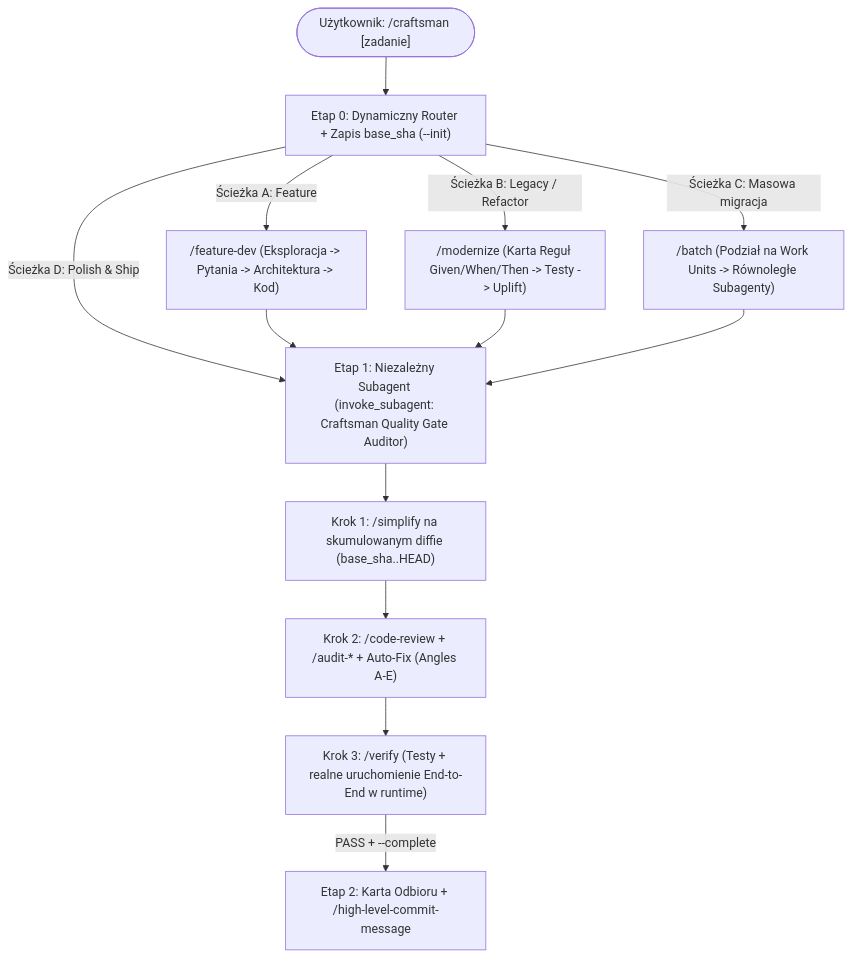
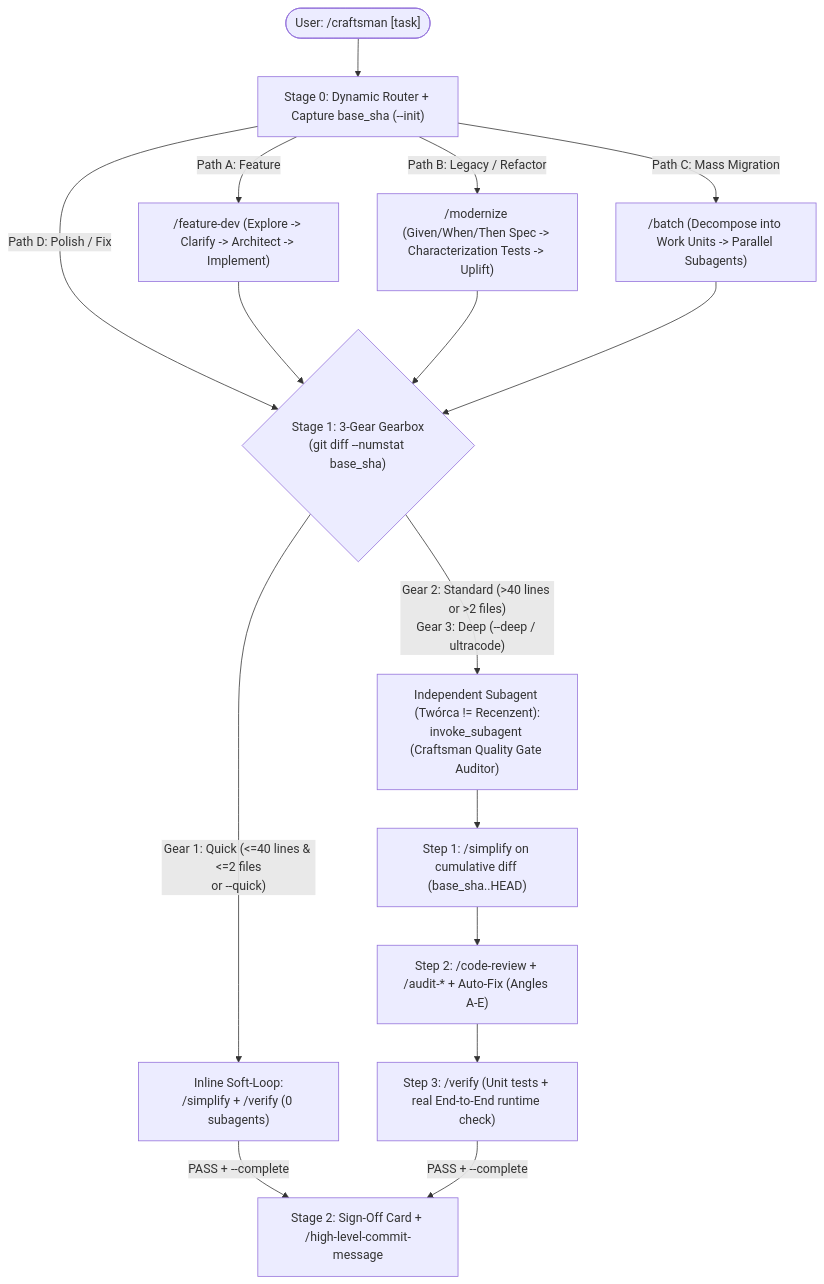
Before and after one commit to BuczynskiRafal/craftsman: the diagram in README.md, drawn with Mermaid. The commit also changed other lines of this file, not shown here.

Commit message:
docs(readme): rewrite documentation for Craftsman v2.0 universal framework

````diff
--- a/README.md
+++ b/README.md
@@ -28,18 +50,23 @@
 ```mermaid
 flowchart TD
-    User(["Użytkownik: /craftsman [zadanie]"]) --> Triage["Etap 0: Dynamiczny Router + Zapis base_sha (--init)"]
+    User(["User: /craftsman [task]"]) --> Triage["Stage 0: Dynamic Router + Capture base_sha (--init)"]
 
-    Triage -->|"Ścieżka A: Feature"| Arch["/feature-dev (Eksploracja -> Pytania -> Architektura -> Kod)"]
-    Triage -->|"Ścieżka B: Legacy / Refactor"| Mod["/modernize (Karta Reguł Given/When/Then -> Testy -> Uplift)"]
-    Triage -->|"Ścieżka C: Masowa migracja"| Batch["/batch (Podział na Work Units -> Równoległe Subagenty)"]
-    Triage -->|"Ścieżka D: Polish & Ship"| Subagent["Etap 1: Niezależny Subagent (invoke_subagent: Craftsman Quality Gate Auditor)"]
+    Triage -->|"Path A: Feature"| Arch["/feature-dev (Explore -> Clarify -> Architect -> Implement)"]
+    Triage -->|"Path B: Legacy / Refactor"| Mod["/modernize (Given/When/Then Spec -> Characterization Tests -> Uplift)"]
+    Triage -->|"Path C: Mass Migration"| Batch["/batch (Decompose into Work Units -> Parallel Subagents)"]
+    Triage -->|"Path D: Polish / Fix"| Gearbox{"Stage 1: 3-Gear Gearbox\n(git diff --numstat base_sha)"}
 
-    Arch --> Subagent
-    Mod --> Subagent
-    Batch --> Subagent
+    Arch --> Gearbox
+    Mod --> Gearbox
+    Batch --> Gearbox
 
-    Subagent --> Simplify["Krok 1: /simplify na skumulowanym diffie (base_sha..HEAD)"]
-    Simplify --> Review["Krok 2: /code-review + /audit-* + Auto-Fix (Angles A-E)"]
-    Review --> Verify["Krok 3: /verify (Testy + realne uruchomienie End-to-End w runtime)"]
-    Verify -->|"PASS + --complete"| Commit["Etap 2: Karta Odbioru + /high-level-commit-message"]
+    Gearbox -->|"Gear 1: Quick (<=40 lines & <=2 files\nor --quick)"| SoftLoop["Inline Soft-Loop:\n/simplify + /verify (0 subagents)"]
+    Gearbox -->|"Gear 2: Standard (>40 lines or >2 files)\nGear 3: Deep (--deep / ultracode)"| Subagent["Independent Subagent (Twórca != Recenzent):\ninvoke_subagent (Craftsman Quality Gate Auditor)"]
+
+    Subagent --> Simplify["Step 1: /simplify on cumulative diff (base_sha..HEAD)"]
+    Simplify --> Review["Step 2: /code-review + /audit-* + Auto-Fix (Angles A-E)"]
+    Review --> Verify["Step 3: /verify (Unit tests + real End-to-End runtime check)"]
+
+    SoftLoop -->|"PASS + --complete"| Commit["Stage 2: Sign-Off Card + /high-level-commit-message"]
+    Verify -->|"PASS + --complete"| Commit
 ```
````
